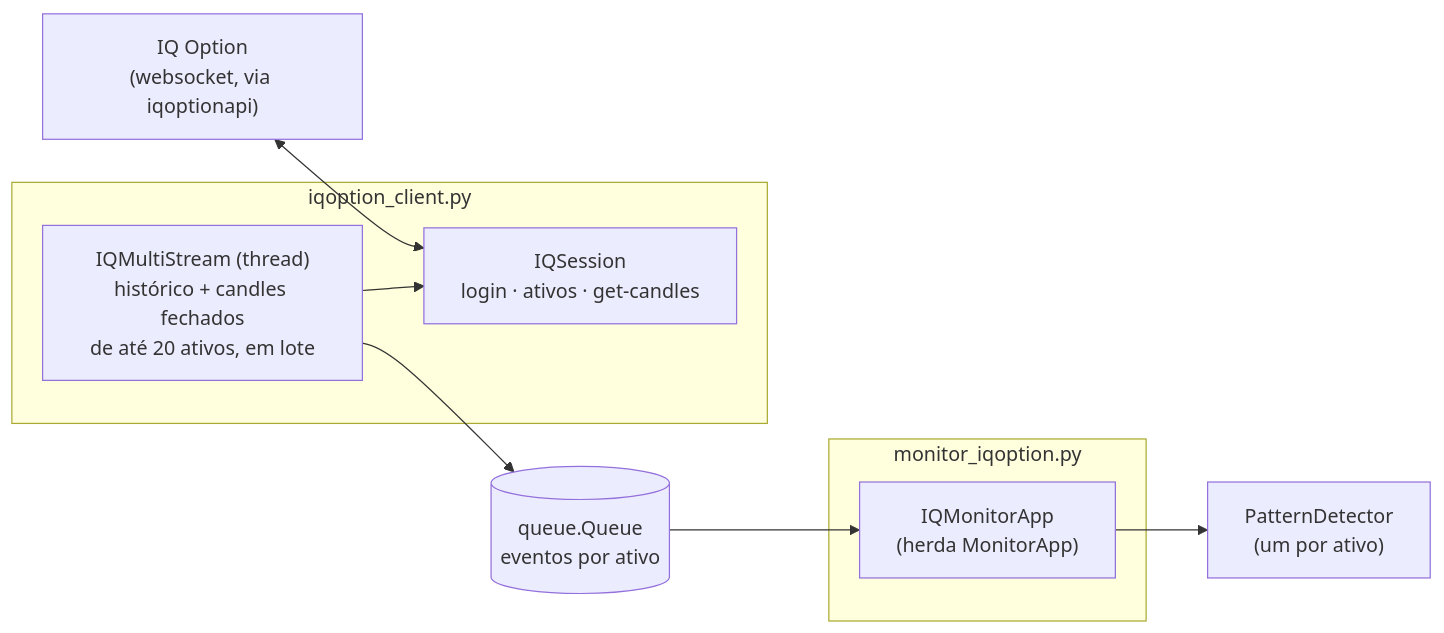
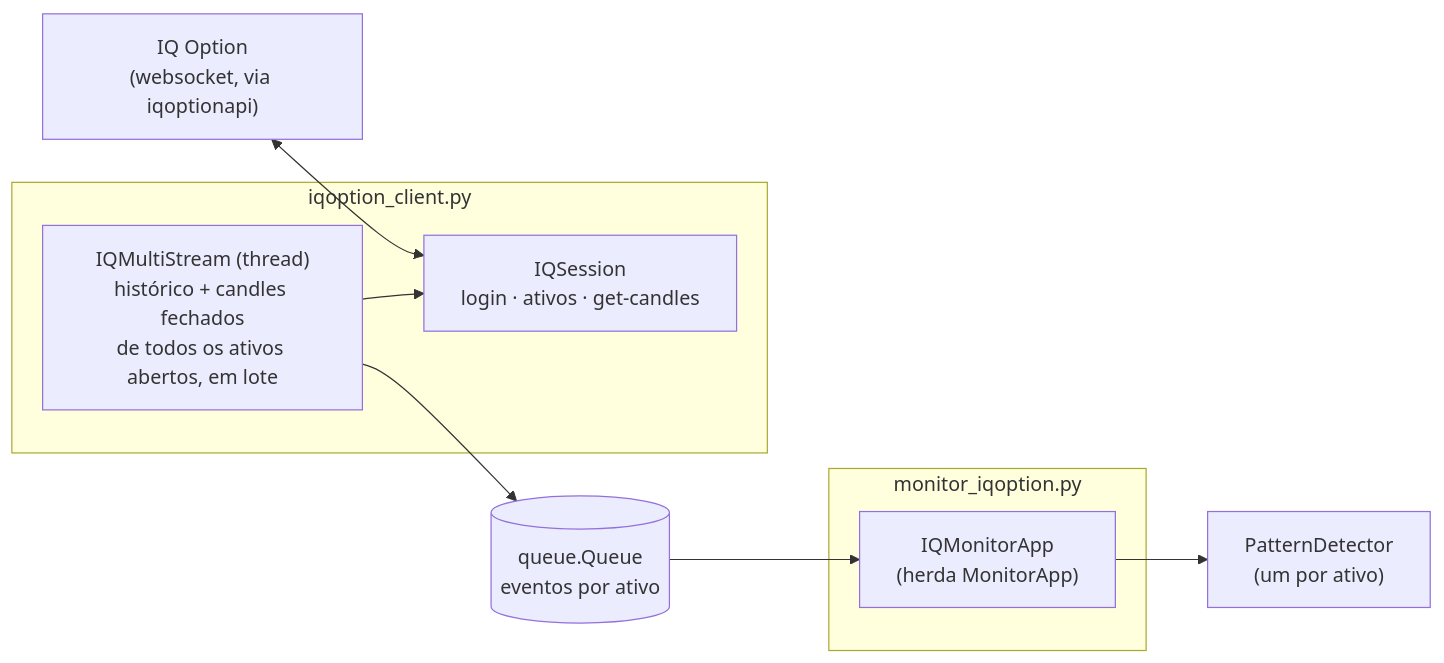
The diagram in iqoption/README.md (RalphRebello/market-monitor), drawn with Mermaid before and after one commit. The commit also changed other lines of this file and 5 other files, not shown here.

First line of the commit message:
Procura em todos os ativos do tipo, cartoes com + e x e alerta so com o padrao

````diff
--- a/iqoption/README.md
+++ b/iqoption/README.md
@@ -290,20 +282,20 @@
 ```mermaid
 flowchart LR
     IQ["IQ Option<br/>(websocket, via iqoptionapi)"]
 
     subgraph client["iqoption_client.py"]
         S["IQSession<br/>login · ativos · get-candles"]
-        T["IQMultiStream (thread)<br/>histórico + candles fechados<br/>de até 20 ativos, em lote"]
+        T["IQMultiStream (thread)<br/>histórico + candles fechados<br/>de todos os ativos abertos, em lote"]
     end
 
     subgraph gui["monitor_iqoption.py"]
         A["IQMonitorApp<br/>(herda MonitorApp)"]
     end
 
     D["PatternDetector<br/>(um por ativo)"]
     Q[("queue.Queue<br/>eventos por ativo")]
 
     IQ <--> S
     T --> S
     T --> Q --> A --> D
 ```
````
